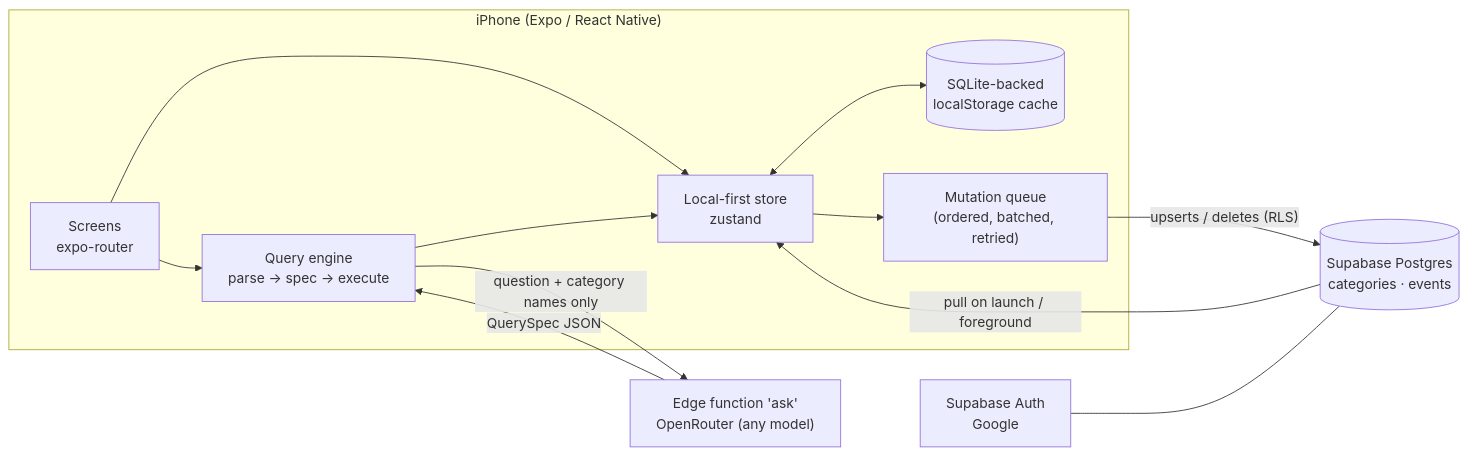
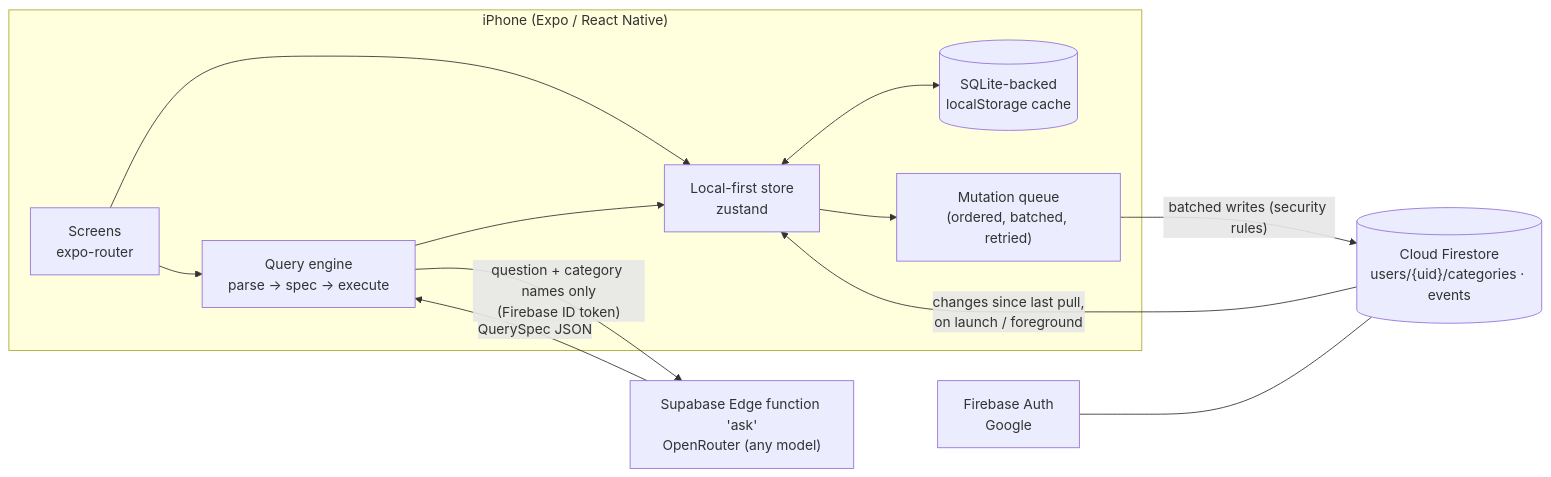
The diagram in README.md (sardeq/Occur), drawn with Mermaid before and after one commit. The commit also changed other lines of this file and 26 other files, not shown here.

````diff
--- a/README.md
+++ b/README.md
@@ -88,15 +90,15 @@
 ```mermaid
 flowchart LR
   subgraph iPhone["iPhone (Expo / React Native)"]
     UI["Screens<br/>expo-router"] --> Store["Local-first store<br/>zustand"]
     Store <--> Cache[("SQLite-backed<br/>localStorage cache")]
     Store --> Queue["Mutation queue<br/>(ordered, batched, retried)"]
     UI --> Engine["Query engine<br/>parse → spec → execute"]
     Engine --> Store
   end
-  Queue -- "upserts / deletes (RLS)" --> PG[("Supabase Postgres<br/>categories · events")]
-  PG -- "pull on launch / foreground" --> Store
-  Engine -- "question + category names only" --> Fn["Edge function 'ask'<br/>OpenRouter (any model)"]
+  Queue -- "batched writes (security rules)" --> FS[("Cloud Firestore<br/>users/{uid}/categories · events")]
+  FS -- "changes since last pull,<br/>on launch / foreground" --> Store
+  Engine -- "question + category names only<br/>(Firebase ID token)" --> Fn["Supabase Edge function 'ask'<br/>OpenRouter (any model)"]
   Fn -- "QuerySpec JSON" --> Engine
-  Auth["Supabase Auth<br/>Google"] --- PG
+  Auth["Firebase Auth<br/>Google"] --- FS
 ```
````
